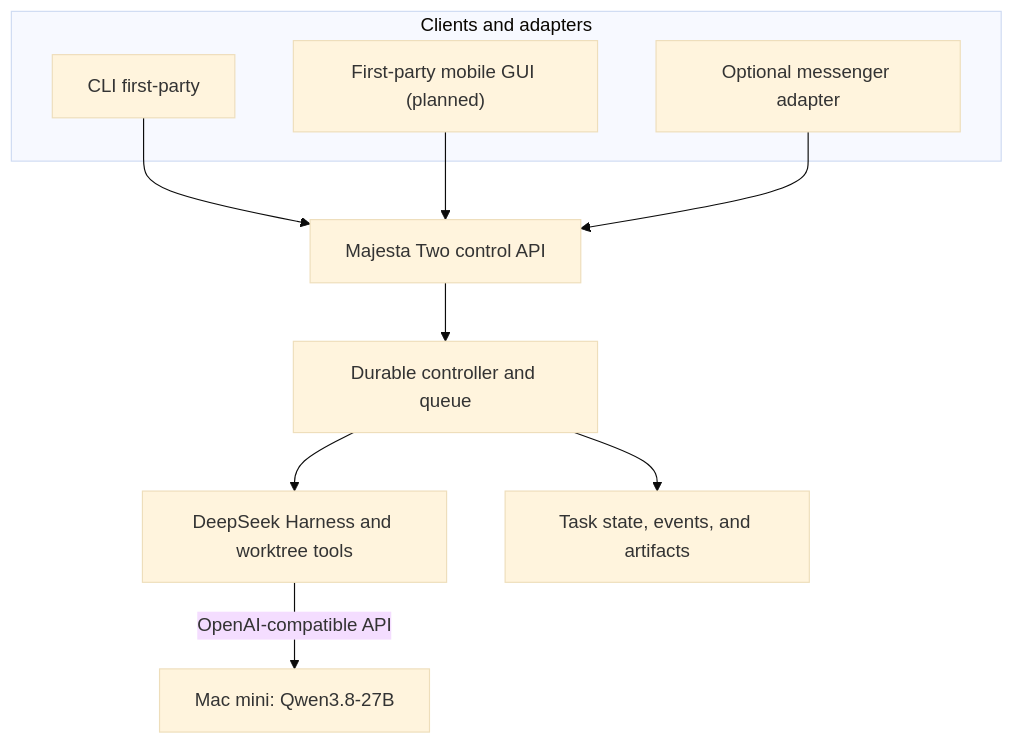
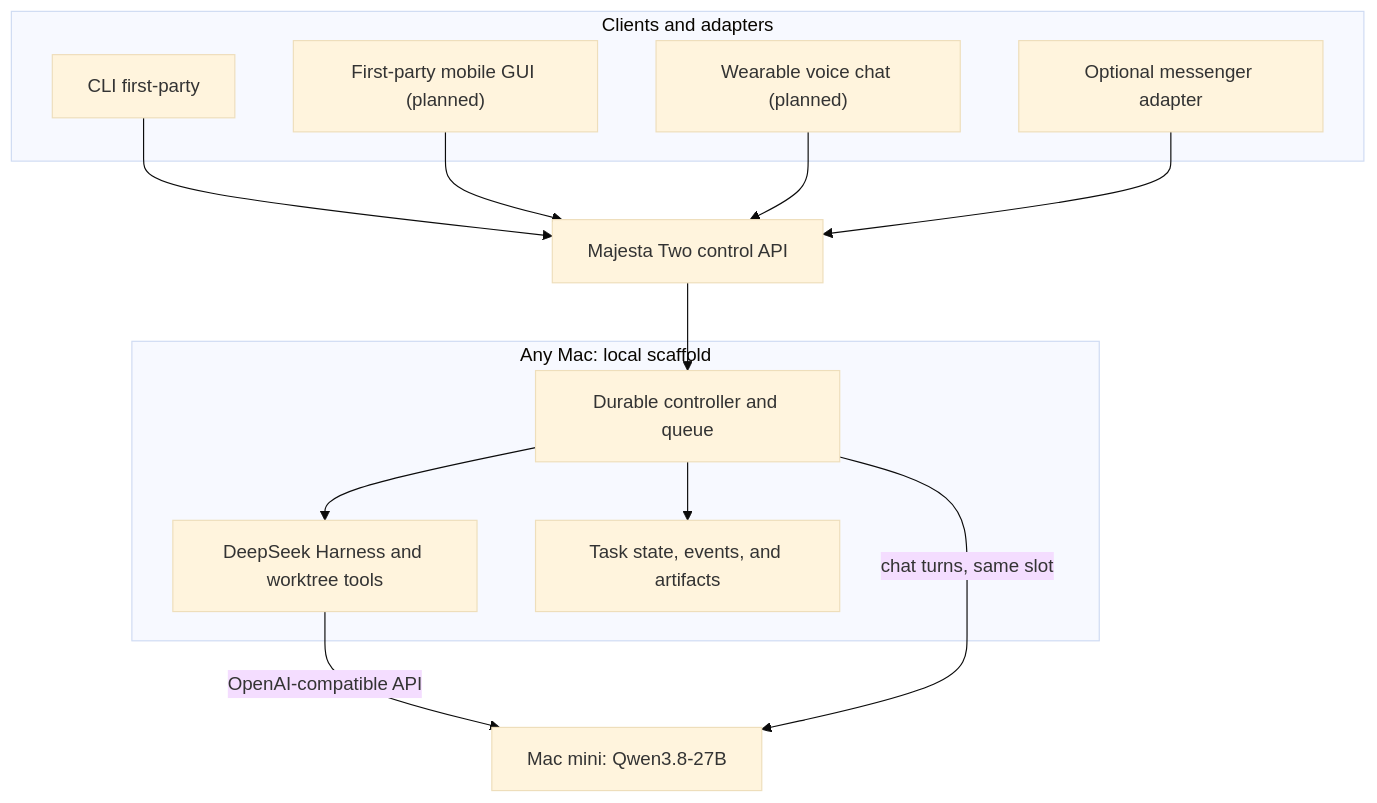
The first of 3 diagrams in docs/architecture.md (MajestaNet/two), drawn with Mermaid (base theme) before and after one commit. The commit also changed other lines of this file and 10 other files, not shown here.

First line of the commit message:
docs: name the Mac mini install and shared Qwen chat slot

````diff
--- a/docs/architecture.md
+++ b/docs/architecture.md
@@ -113,15 +113,20 @@
 ```mermaid
 flowchart TB
     subgraph Channels["Clients and adapters"]
         CLI["CLI first-party"]
         MOBILE["First-party mobile GUI (planned)"]
+        VOICE["Wearable voice chat (planned)"]
         MSG["Optional messenger adapter"]
     end
     CLI --> API["Majesta Two control API"]
     MOBILE --> API
+    VOICE --> API
     MSG --> API
     API --> C["Durable controller and queue"]
-    C --> H["DeepSeek Harness and worktree tools"]
-    C --> S["Task state, events, and artifacts"]
+    subgraph Scaffold["Any Mac: local scaffold"]
+        C --> H["DeepSeek Harness and worktree tools"]
+        C --> S["Task state, events, and artifacts"]
+    end
     H -->|"OpenAI-compatible API"| M["Mac mini: Qwen3.8-27B"]
+    C -->|"chat turns, same slot"| M
 ```
````
